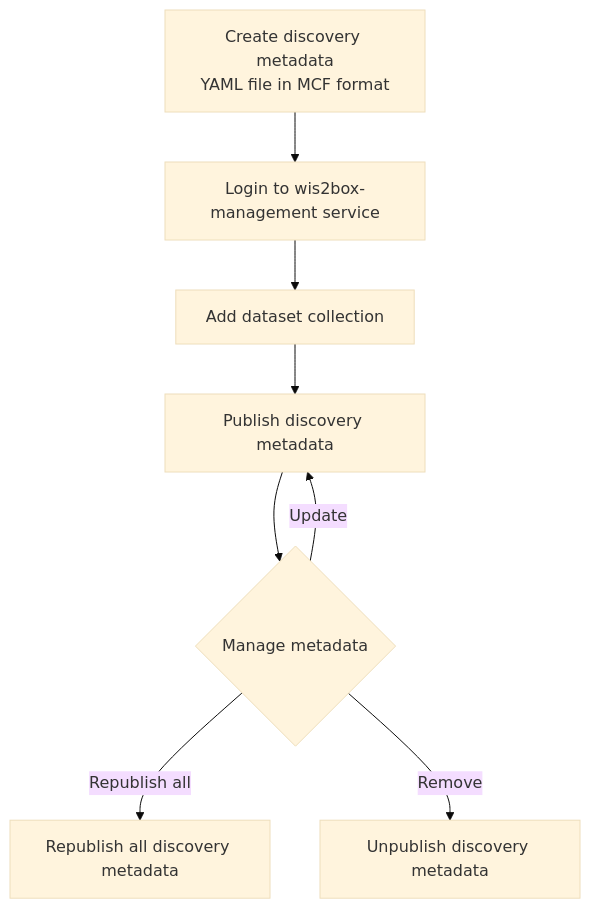
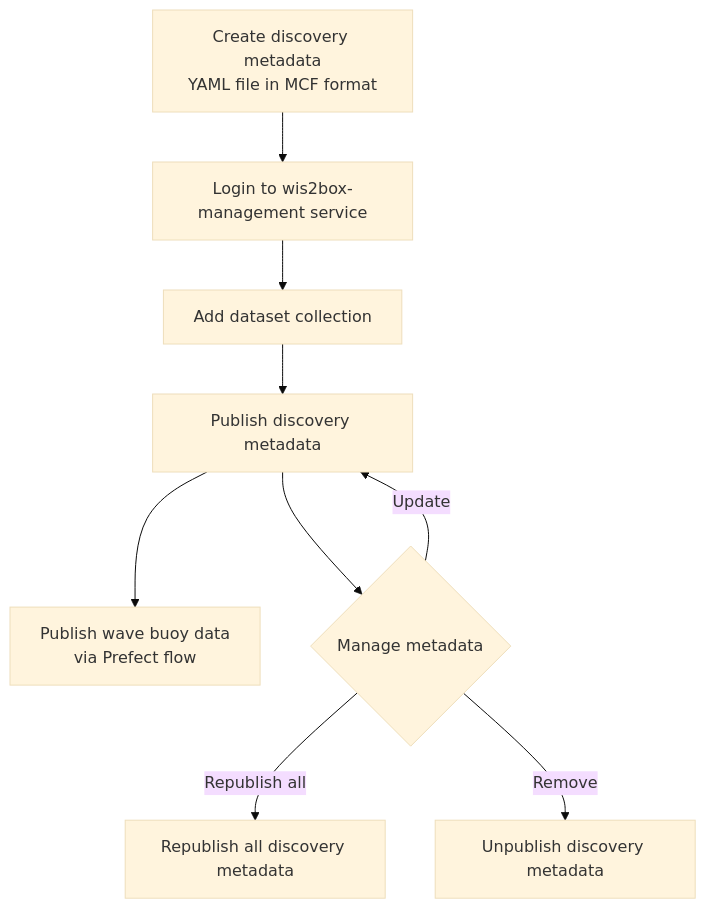
One commit to aodn/wis2box-aodn changed the second of 2 diagrams in docs/outline.md. Above: the diagram before and after it, drawn with Mermaid (base theme). The commit also changed other lines of this file, not shown here.

````diff
--- a/docs/outline.md
+++ b/docs/outline.md
@@ -82,10 +68,11 @@
 ```mermaid
 flowchart TD
     A[Create discovery metadata\nYAML file in MCF format] --> B[Login to wis2box-management service]
     B --> C[Add dataset collection]
     C --> D[Publish discovery metadata]
+    D --> H[Publish wave buoy data\nvia Prefect flow]
     D --> E{Manage metadata}
     E -->|Update| D
     E -->|Republish all| F[Republish all discovery metadata]
     E -->|Remove| G[Unpublish discovery metadata]
 ```
````
